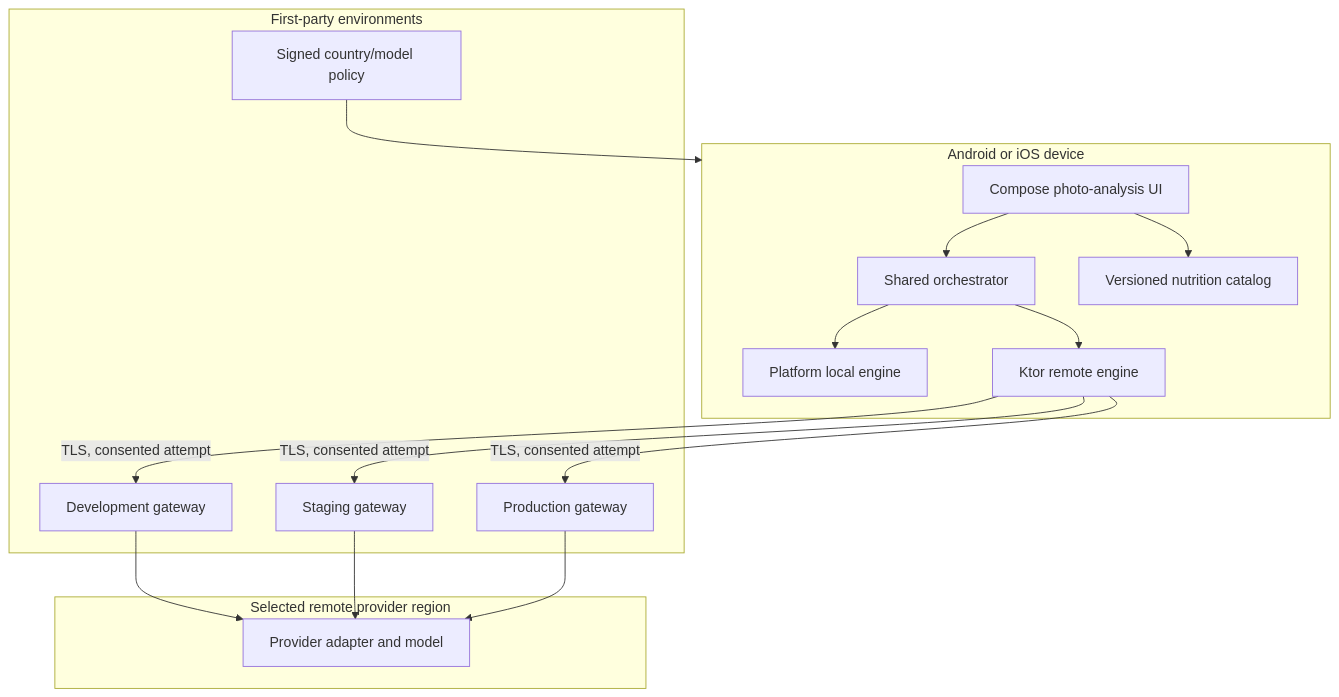
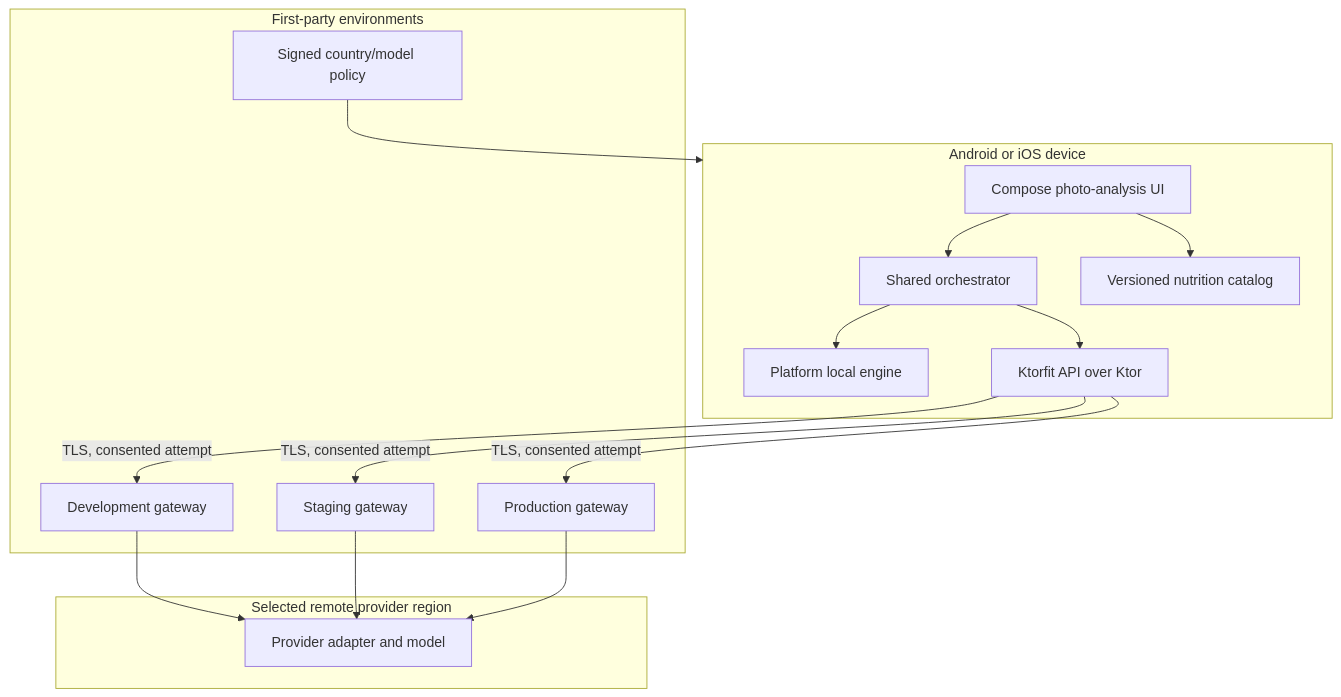
One commit to ajdevy/SuperNutrition changed the second of 2 diagrams in _bmad-output/planning-artifacts/architecture/architecture-SuperNutrition-2026-07-26/ARCHITECTURE-SPINE.md. Above: the diagram before and after it, drawn with Mermaid. The commit also changed other lines of this file and 216 other files, not shown here.

````diff
--- a/_bmad-output/planning-artifacts/architecture/architecture-SuperNutrition-2026-07-26/ARCHITECTURE-SPINE.md
+++ b/_bmad-output/planning-artifacts/architecture/architecture-SuperNutrition-2026-07-26/ARCHITECTURE-SPINE.md
@@ -585,33 +586,33 @@
 ```mermaid
 flowchart TB
     subgraph Device["Android or iOS device"]
         UI["Compose photo-analysis UI"]
         Router["Shared orchestrator"]
         LocalEngine["Platform local engine"]
-        RemoteClient["Ktor remote engine"]
+        RemoteClient["Ktorfit API over Ktor"]
         Catalog["Versioned nutrition catalog"]
         UI --> Router
         Router --> LocalEngine
         Router --> RemoteClient
         UI --> Catalog
     end
 
     subgraph FirstParty["First-party environments"]
         Dev["Development gateway"]
         Staging["Staging gateway"]
         Prod["Production gateway"]
         Config["Signed country/model policy"]
     end
 
     subgraph Provider["Selected remote provider region"]
         RemoteModel["Provider adapter and model"]
     end
 
     RemoteClient -->|TLS, consented attempt| Dev
     RemoteClient -->|TLS, consented attempt| Staging
     RemoteClient -->|TLS, consented attempt| Prod
     Dev --> RemoteModel
     Staging --> RemoteModel
     Prod --> RemoteModel
     Config --> Device
 ```
````
